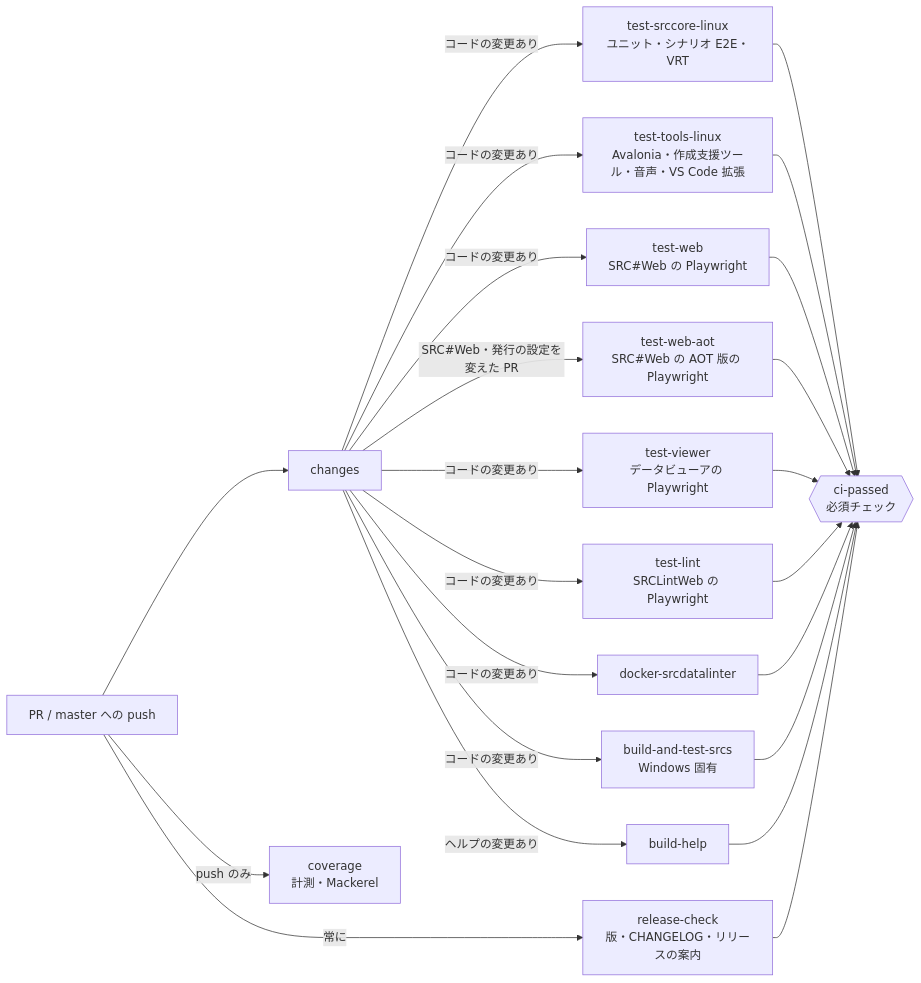
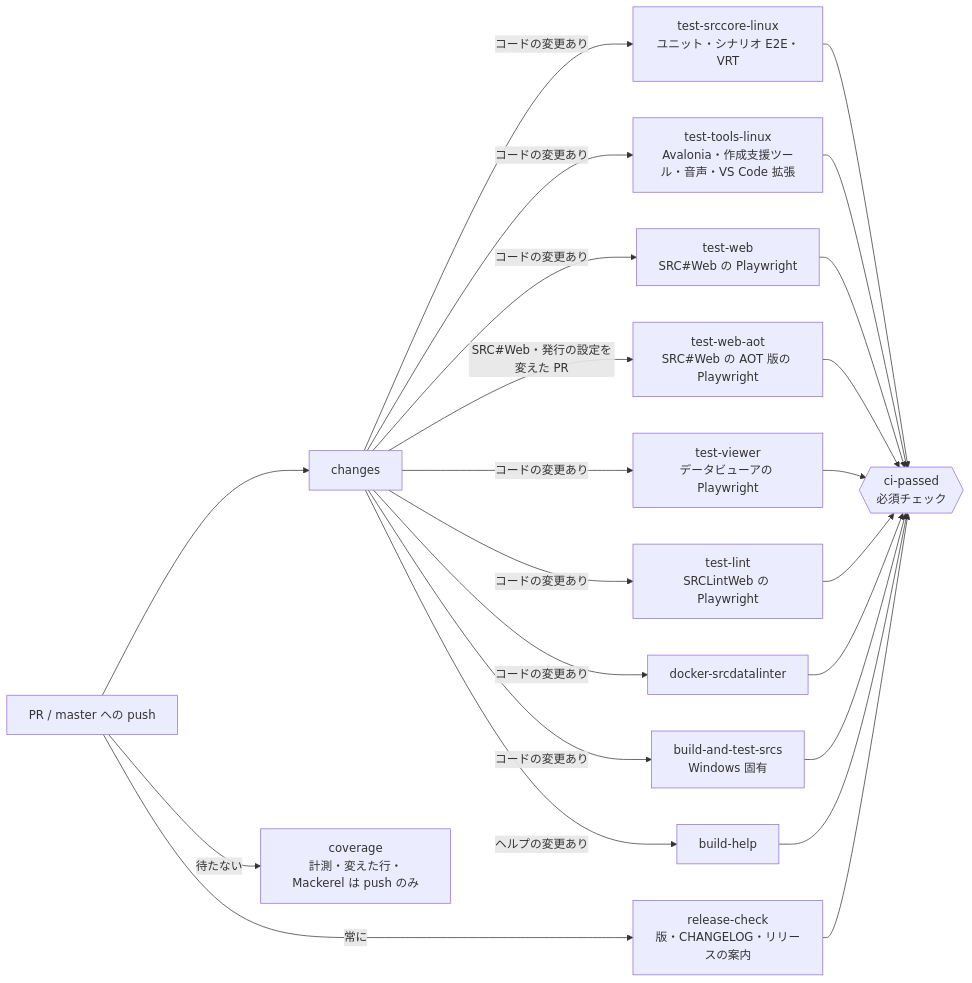
The diagram in docs/testing.md (7474/SRC), drawn with Mermaid before and after one commit. The commit also changed other lines of this file and 5 other files, not shown here.

````diff
--- a/docs/testing.md
+++ b/docs/testing.md
@@ -53,16 +53,16 @@
 ```mermaid
 flowchart LR
   PR[PR / master への push] --> changes
   changes -->|コードの変更あり| core[test-srccore-linux<br/>ユニット・シナリオ E2E・VRT]
   changes -->|コードの変更あり| tools[test-tools-linux<br/>Avalonia・作成支援ツール・音声・VS Code 拡張]
   changes -->|コードの変更あり| web[test-web<br/>SRC#Web の Playwright]
   changes -->|コードの変更あり| lint[test-lint<br/>SRCLintWeb の Playwright]
   changes -->|SRC#Web・発行の設定を変えた PR| aot[test-web-aot<br/>SRC#Web の AOT 版の Playwright]
   changes -->|コードの変更あり| viewer[test-viewer<br/>データビューアの Playwright]
   changes -->|コードの変更あり| docker[docker-srcdatalinter]
   changes -->|コードの変更あり| win[build-and-test-srcs<br/>Windows 固有]
   changes -->|ヘルプの変更あり| help[build-help]
   PR -->|常に| release[release-check<br/>版・CHANGELOG・リリースの案内]
   core & tools & web & aot & viewer & lint & docker & win & help & release --> gate{{ci-passed<br/>必須チェック}}
-  PR -->|push のみ| coverage[coverage<br/>計測・Mackerel]
+  PR -->|待たない| coverage[coverage<br/>計測・変えた行・Mackerel は push のみ]
 ```
````
